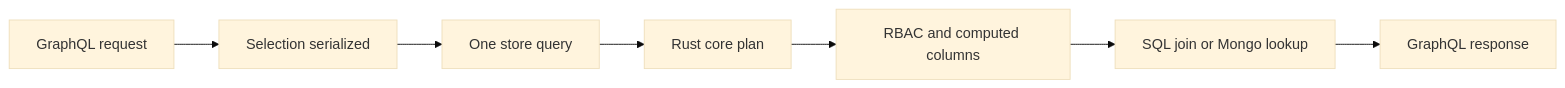
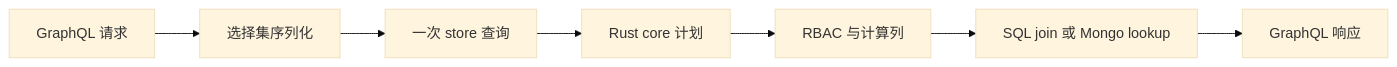
One commit to coenddt/store-graphql changed the diagram in README.md. Above: the diagram before and after it, drawn with Mermaid (base theme). The commit also changed other lines of this file and 3 other files, not shown here.

````diff
--- a/README.md
+++ b/README.md
@@ -204,9 +206,9 @@
 ```mermaid
 flowchart LR
-  A[GraphQL request] --> B[Selection serialized]
-  B --> C[One store query]
-  C --> D[Rust core plan]
-  D --> E[RBAC and computed columns]
-  E --> F[SQL join or Mongo lookup]
-  F --> G[GraphQL response]
+  A[GraphQL 请求] --> B[选择集序列化]
+  B --> C[一次 store 查询]
+  C --> D[Rust core 计划]
+  D --> E[RBAC 与计算列]
+  E --> F[SQL join 或 Mongo lookup]
+  F --> G[GraphQL 响应]
 ```
````
